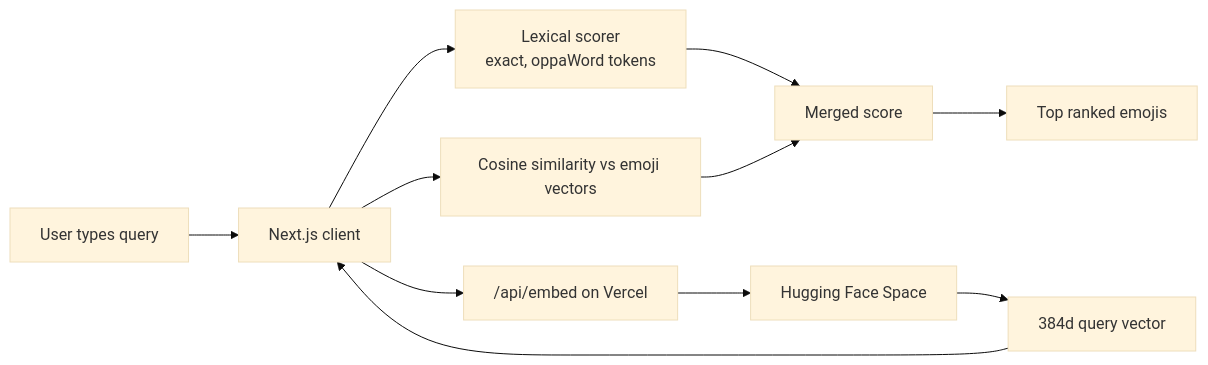
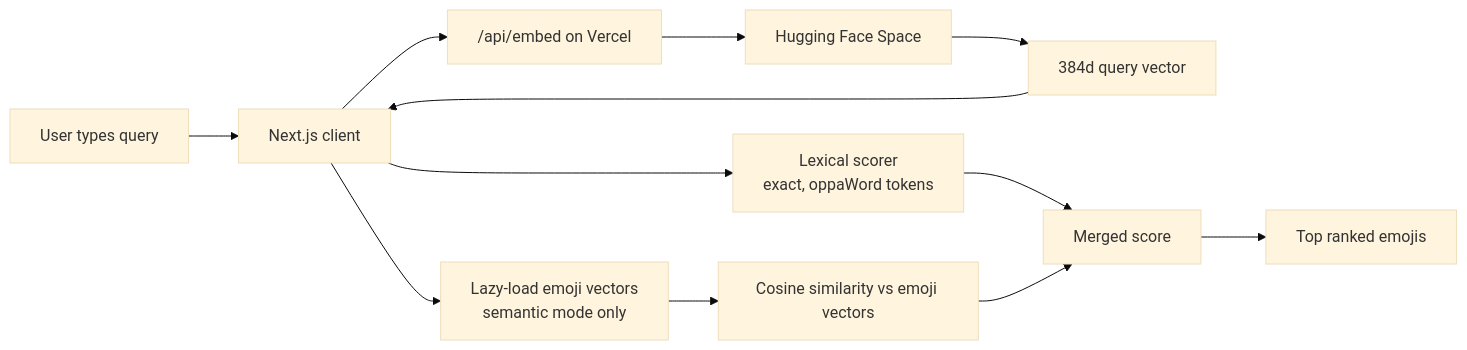
Before and after one commit to heinko/my-emoji-search: the first of 2 diagrams in README.md, drawn with Mermaid (base theme). The commit also changed other lines of this file and 17 other files, not shown here.

Commit message:
Split the emoji data into Indexes and vectors

````diff
--- a/README.md
+++ b/README.md
@@ -26,13 +26,14 @@
 ```mermaid
 flowchart LR
     U["User types query"] --> C["Next.js client"]
     C --> L["Lexical scorer<br/>exact, oppaWord tokens"]
     C --> A["/api/embed on Vercel"]
     A --> S["Hugging Face Space"]
     S --> V["384d query vector"]
     V --> C
-    C --> R["Cosine similarity vs emoji vectors"]
+    C --> X["Lazy-load emoji vectors<br/>semantic mode only"]
+    X --> R["Cosine similarity vs emoji vectors"]
     L --> M["Merged score"]
     R --> M
     M --> O["Top ranked emojis"]
 ```
````
